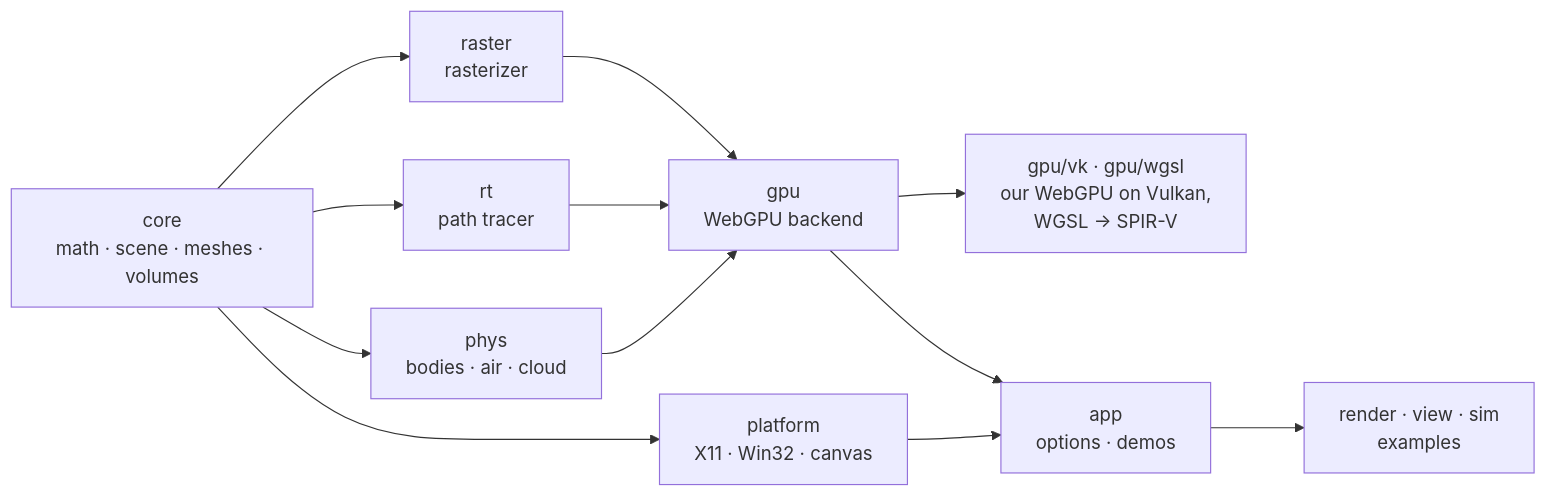
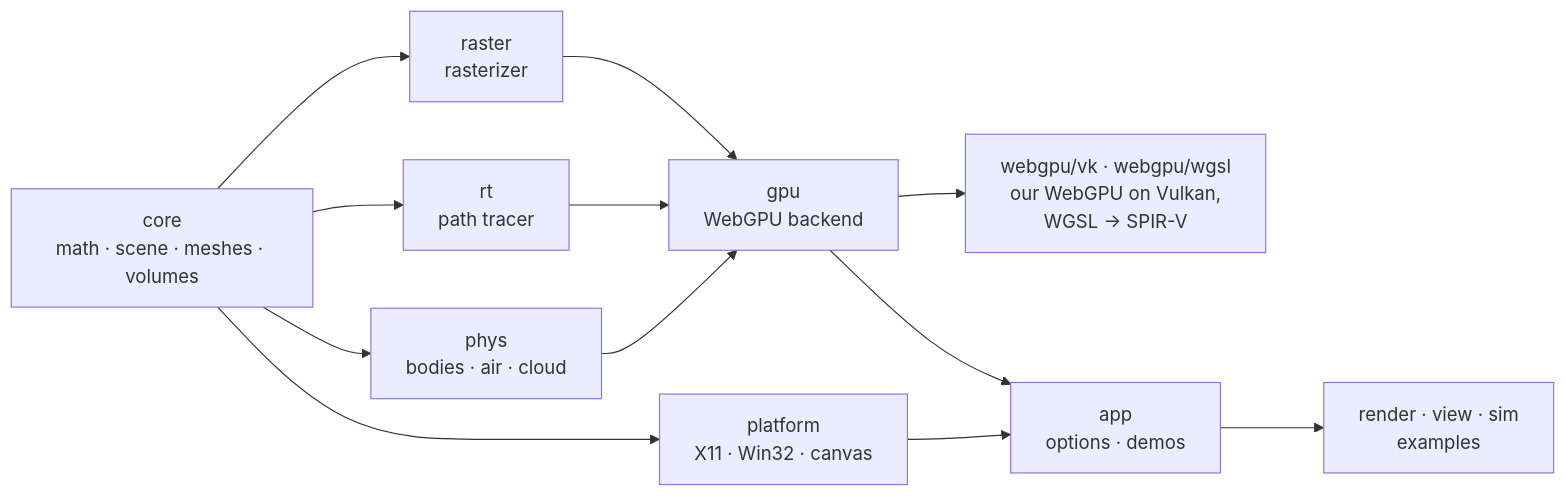
Before and after one commit to logicesecutor/little_renderer: the diagram in README.md, drawn with Mermaid. The commit also changed 21 other files, not shown here.

Commit message:
webgpu/: our Vulkan layer (vk) and WGSL compiler (wgsl) out of the engine, beside it (-Iwebgpu; check-layers: they include nothing of the engine)

````diff
--- a/README.md
+++ b/README.md
@@ -94,14 +94,14 @@
 ```mermaid
 flowchart LR
     core["core<br/>math · scene · meshes · volumes"] --> raster["raster<br/>rasterizer"]
     core --> rt["rt<br/>path tracer"]
     core --> phys["phys<br/>bodies · air · cloud"]
     core --> platform["platform<br/>X11 · Win32 · canvas"]
     raster --> gpu["gpu<br/>WebGPU backend"]
     rt --> gpu
     phys --> gpu
-    gpu --> vk["gpu/vk · gpu/wgsl<br/>our WebGPU on Vulkan,<br/>WGSL → SPIR-V"]
+    gpu --> vk["webgpu/vk · webgpu/wgsl<br/>our WebGPU on Vulkan,<br/>WGSL → SPIR-V"]
     gpu --> app["app<br/>options · demos"]
     platform --> app
     app --> programs["render · view · sim<br/>examples"]
 ```
````
